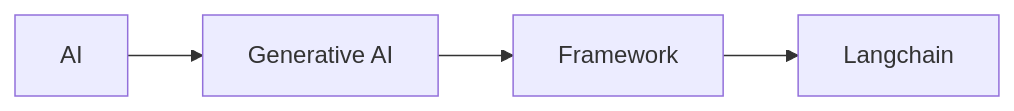
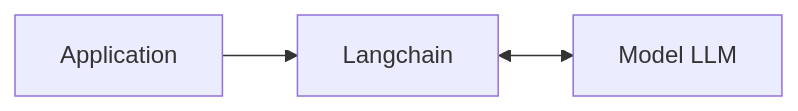
Before and after one commit to wahyudesu/langchain-workshop: the second of 2 diagrams in slidev/slides.md, drawn with Mermaid. The commit also changed other lines of this file and 7 other files, not shown here.

````diff
--- a/slidev/slides.md
+++ b/slidev/slides.md
@@ -118,6 +169,5 @@
 ```mermaid
 graph LR
-    A[AI] --> B[Generative AI]
-    B --> C[Framework]
-    C --> D[Langchain]
+    A[Application] --> B[ Langchain ]
+    B <--> C[Model LLM]
 ```
````
